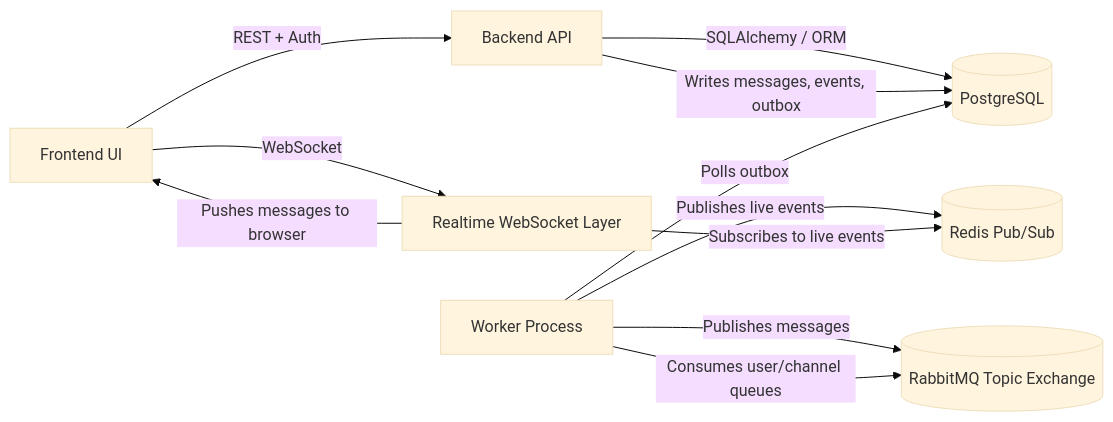
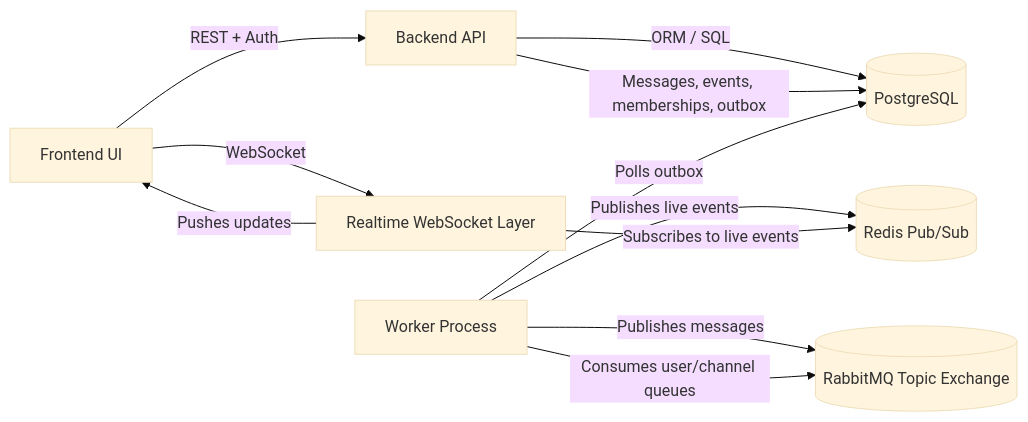
One commit to abdojat/MessagingSystem changed the diagram in AGENTS.MD. Above: the diagram before and after it, drawn with Mermaid (base theme). The commit also changed other lines of this file and 11 other files, not shown here.

````diff
--- a/AGENTS.MD
+++ b/AGENTS.MD
@@ -219,16 +224,16 @@
 ```mermaid
 flowchart LR
   FE[Frontend UI] -->|REST + Auth| BE[Backend API]
   FE -->|WebSocket| WS[Realtime WebSocket Layer]
 
-  BE -->|SQLAlchemy / ORM| DB[(PostgreSQL)]
-  BE -->|Writes messages, events, outbox| DB
+  BE -->|ORM / SQL| DB[(PostgreSQL)]
+  BE -->|Messages, events, memberships, outbox| DB
 
   WORKER[Worker Process] -->|Polls outbox| DB
   WORKER -->|Publishes messages| RMQ[(RabbitMQ Topic Exchange)]
   WORKER -->|Consumes user/channel queues| RMQ
   WORKER -->|Publishes live events| REDIS[(Redis Pub/Sub)]
 
   WS -->|Subscribes to live events| REDIS
-  WS -->|Pushes messages to browser| FE
+  WS -->|Pushes updates| FE
 ```
````
